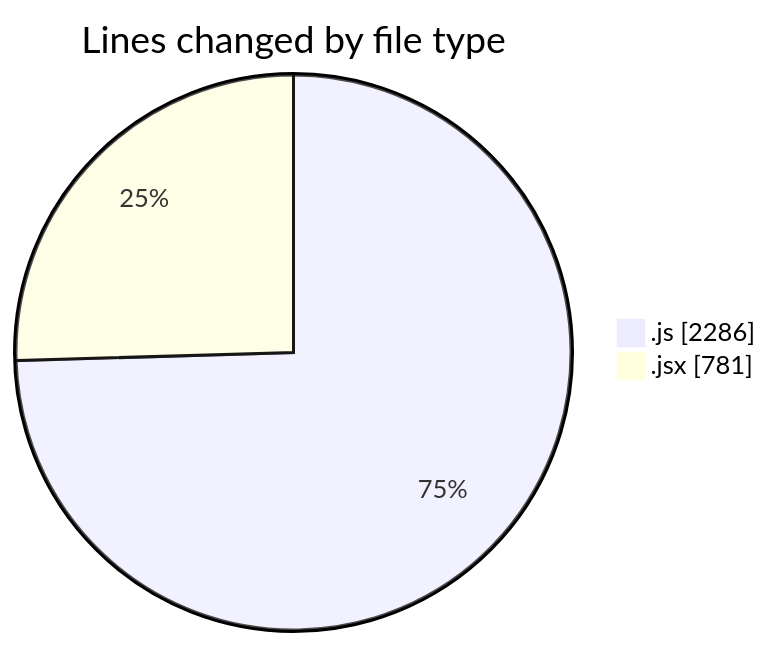
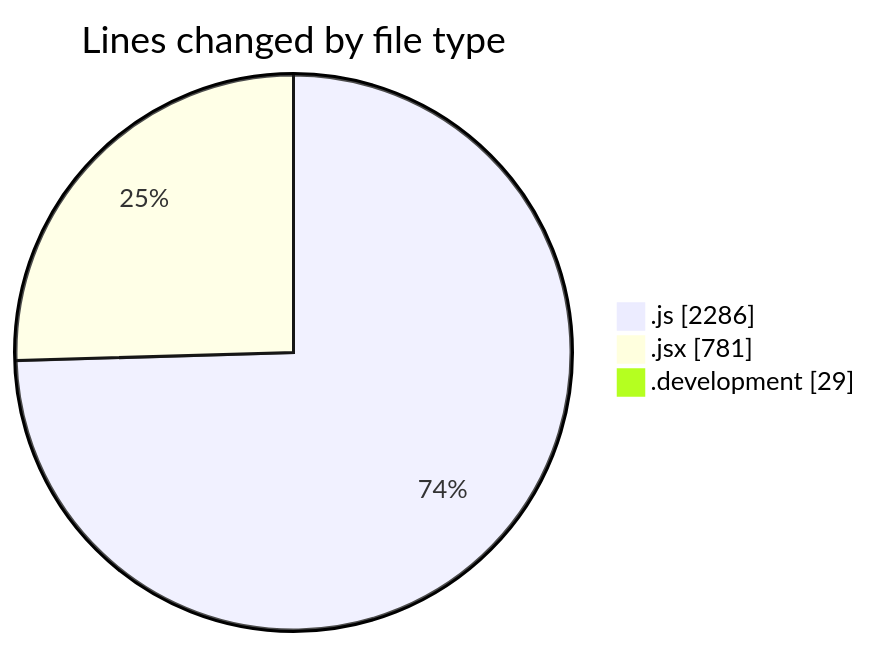
Before and after one commit to nxtqubesakshisongat/code-tracking: the first of 2 diagrams in 2025-09-11/nxtqube_webapp/README.md, drawn with Mermaid. The commit also changed other lines of this file and 1 other file, not shown here.

````diff
--- a/2025-09-11/nxtqube_webapp/README.md
+++ b/2025-09-11/nxtqube_webapp/README.md
@@ -27,6 +28,7 @@
 ```mermaid
 pie showData
 title Lines changed by file type
 ".js" : 2286
 ".jsx" : 781
+".development" : 29
 ```
````
